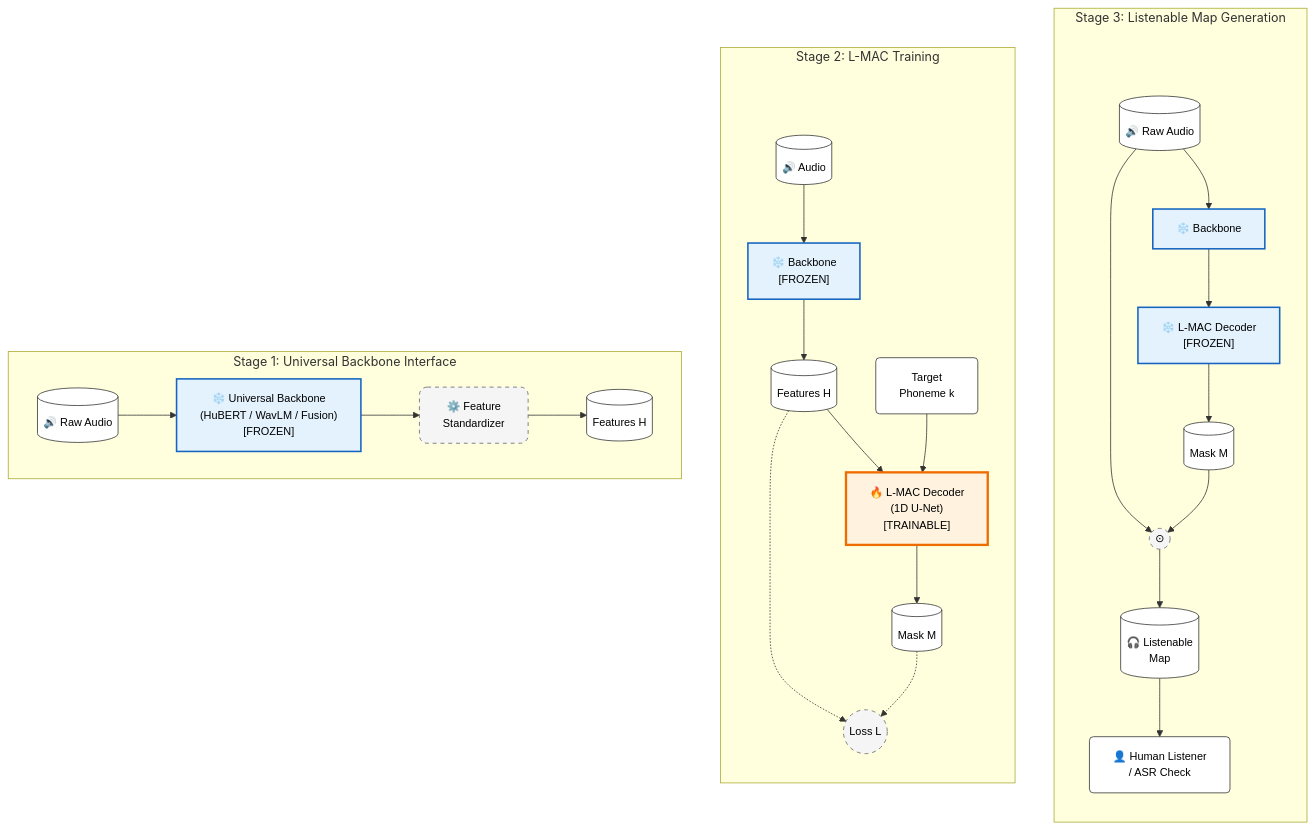
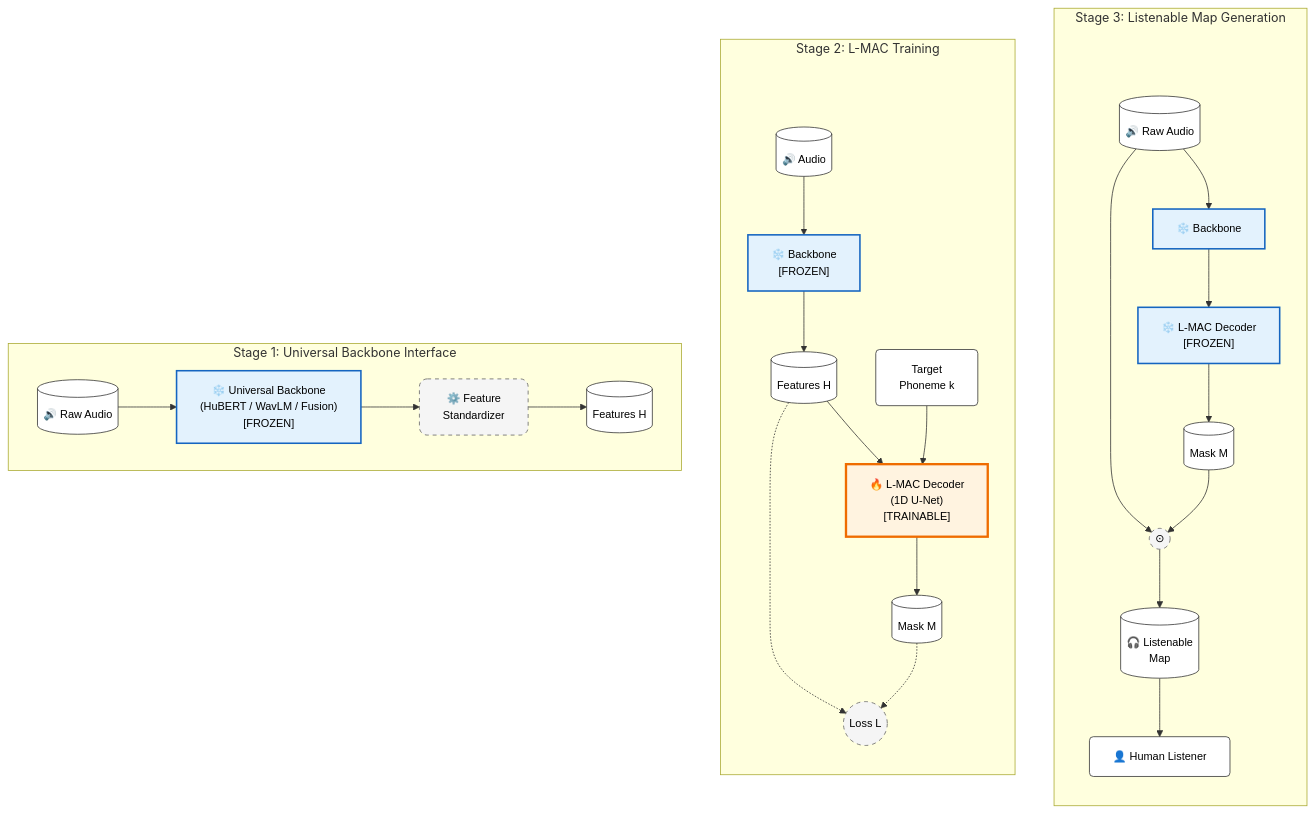
One commit to maurocarlu/pronuncIAtion changed the diagram in docs/LMAC_ARCHITECTURE.md. Above: the diagram before and after it, drawn with Mermaid. The commit also changed other lines of this file, not shown here.

Commit message:
fix diagramma

```diff
--- a/docs/LMAC_ARCHITECTURE.md
+++ b/docs/LMAC_ARCHITECTURE.md
@@ -90,7 +90,7 @@
         %% Path 2: Application
         DotProd(("⊙")):::operation
         ListenableMap[("🎧 Listenable<br/>Map")]:::data
-        Human["👤 Human Listener<br/>/ ASR Check"]:::data
+        Human["👤 Human Listener<br/>"]:::data
         
         %% Connections
         SpacerS3 ~~~ Audio3
```
